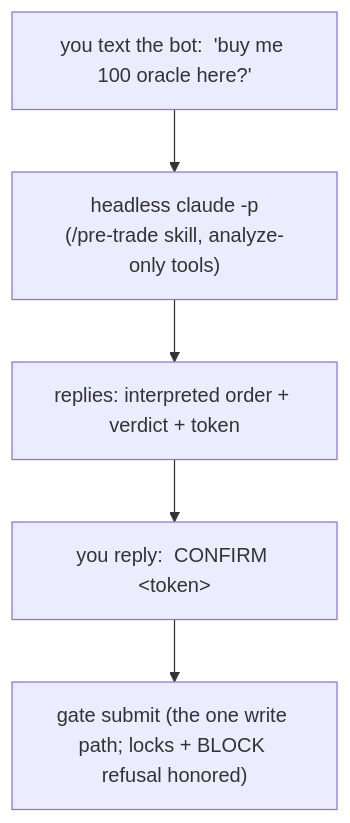
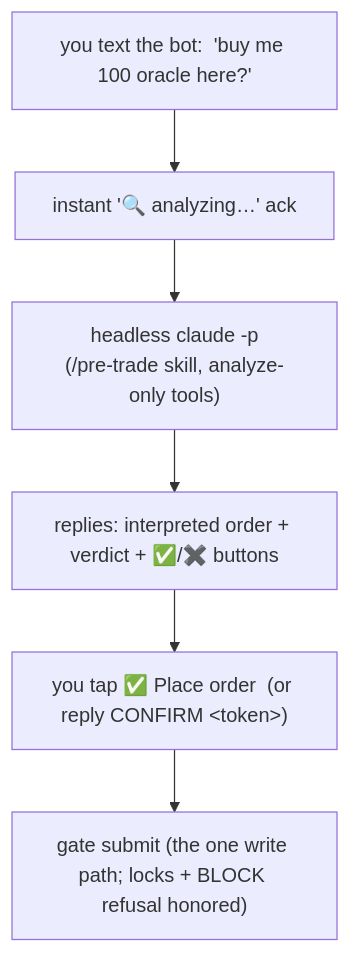
The fourth of 5 diagrams in docs/HANDBOOK.md (Mikerpen22/ib-governor), drawn with Mermaid before and after one commit. The commit also changed other lines of this file and 11 other files, not shown here.

````diff
--- a/docs/HANDBOOK.md
+++ b/docs/HANDBOOK.md
@@ -207,7 +207,8 @@
 ```mermaid
 flowchart TD
-    MSG["you text the bot:  'buy me 100 oracle here?'"] --> AGENT["headless claude -p<br/>(/pre-trade skill, analyze-only tools)"]
-    AGENT --> PANEL["replies: interpreted order + verdict + token"]
-    PANEL --> REPLY["you reply:  CONFIRM &lt;token&gt;"]
-    REPLY --> SUBMIT["gate submit (the one write path; locks + BLOCK refusal honored)"]
+    MSG["you text the bot:  'buy me 100 oracle here?'"] --> ACK["instant '🔍 analyzing…' ack"]
+    ACK --> AGENT["headless claude -p<br/>(/pre-trade skill, analyze-only tools)"]
+    AGENT --> PANEL["replies: interpreted order + verdict + ✅/✖️ buttons"]
+    PANEL --> TAP["you tap ✅ Place order  (or reply CONFIRM &lt;token&gt;)"]
+    TAP --> SUBMIT["gate submit (the one write path; locks + BLOCK refusal honored)"]
 ```
````
